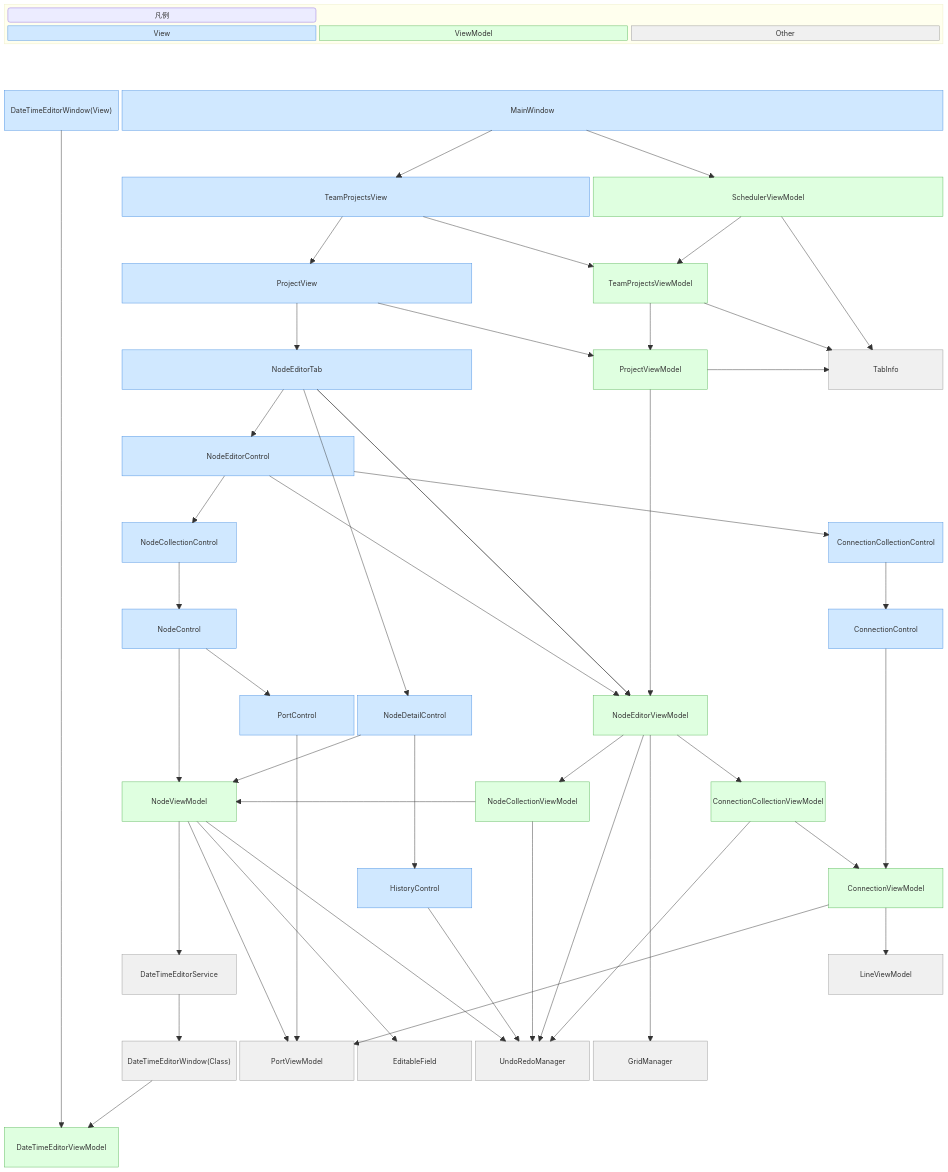
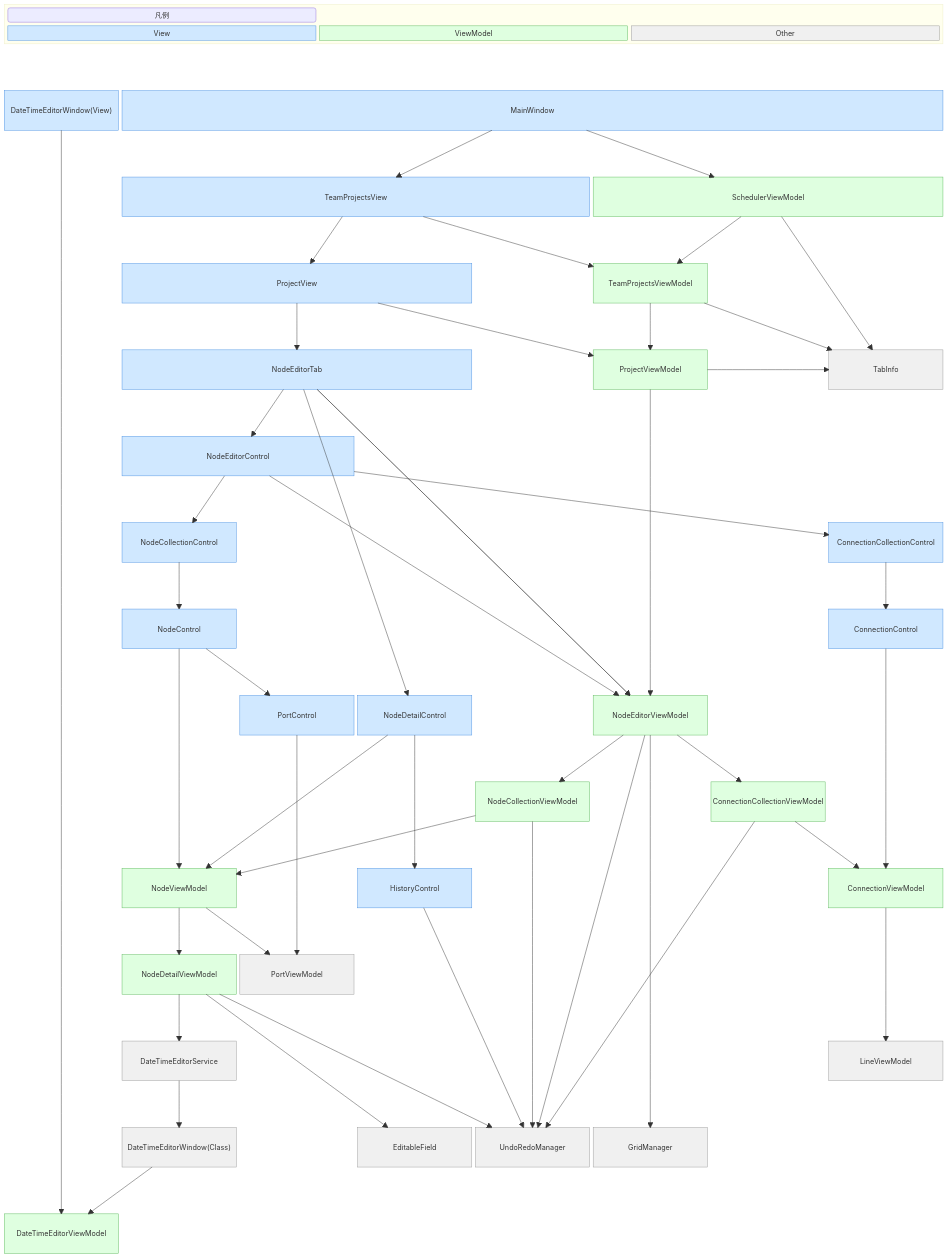
The diagram in README.md (WhiteCatMonar/WcmScheduler), drawn with Mermaid before and after one commit. The commit also changed other lines of this file and 8 other files, not shown here.

```diff
--- a/README.md
+++ b/README.md
@@ -202,9 +203,7 @@
 
     space:8
 
-    space
-    NodeViewModel
-    space:2
+    space:4
     NodeCollectionViewModel
     space
     ConnectionCollectionViewModel
@@ -212,10 +211,19 @@
 
     space:8
 
-    space:3
+    space
+    NodeViewModel
+    space
     HistoryControl
     space:3
     ConnectionViewModel
+
+    space:8
+
+    space
+    NodeDetailViewModel
+    PortViewModel
+    space:5
     
     space:8
     
@@ -228,7 +236,7 @@
 
     space
     DateTimeEditorWindow_Class["DateTimeEditorWindow(Class)"]
-    PortViewModel
+    space
     EditableField
     UndoRedoManager
     GridManager
@@ -290,15 +298,16 @@
     NodeCollectionViewModel --> NodeViewModel
     NodeCollectionViewModel --> UndoRedoManager
 
-    NodeViewModel --> EditableField
     NodeViewModel --> PortViewModel
-    NodeViewModel --> DateTimeEditorService
-    NodeViewModel --> UndoRedoManager
+    NodeViewModel --> NodeDetailViewModel
+
+    NodeDetailViewModel --> EditableField
+    NodeDetailViewModel --> UndoRedoManager
+    NodeDetailViewModel --> DateTimeEditorService
 
     ConnectionCollectionViewModel --> ConnectionViewModel
     ConnectionCollectionViewModel --> UndoRedoManager
 
-    ConnectionViewModel --> PortViewModel
     ConnectionViewModel --> LineViewModel
 
     DateTimeEditorService --> DateTimeEditorWindow_Class
@@ -332,8 +341,9 @@
     style ProjectViewModel fill:#DFFFE0,stroke:#5CB85C,color:#000000
     style NodeEditorViewModel fill:#DFFFE0,stroke:#5CB85C,color:#000000
     style NodeCollectionViewModel fill:#DFFFE0,stroke:#5CB85C,color:#000000
+    style NodeViewModel fill:#DFFFE0,stroke:#5CB85C,color:#000000
+    style NodeDetailViewModel fill:#DFFFE0,stroke:#5CB85C,color:#000000
     style ConnectionCollectionViewModel fill:#DFFFE0,stroke:#5CB85C,color:#000000
-    style NodeViewModel fill:#DFFFE0,stroke:#5CB85C,color:#000000
     style ConnectionViewModel fill:#DFFFE0,stroke:#5CB85C,color:#000000
     style DateTimeEditorViewModel fill:#DFFFE0,stroke:#5CB85C,color:#000000
 
```
